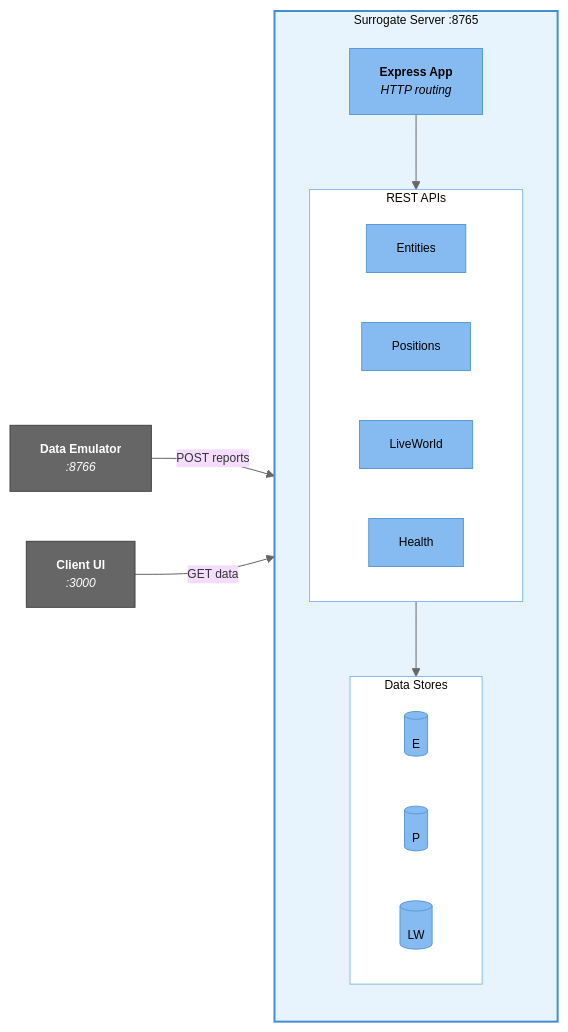
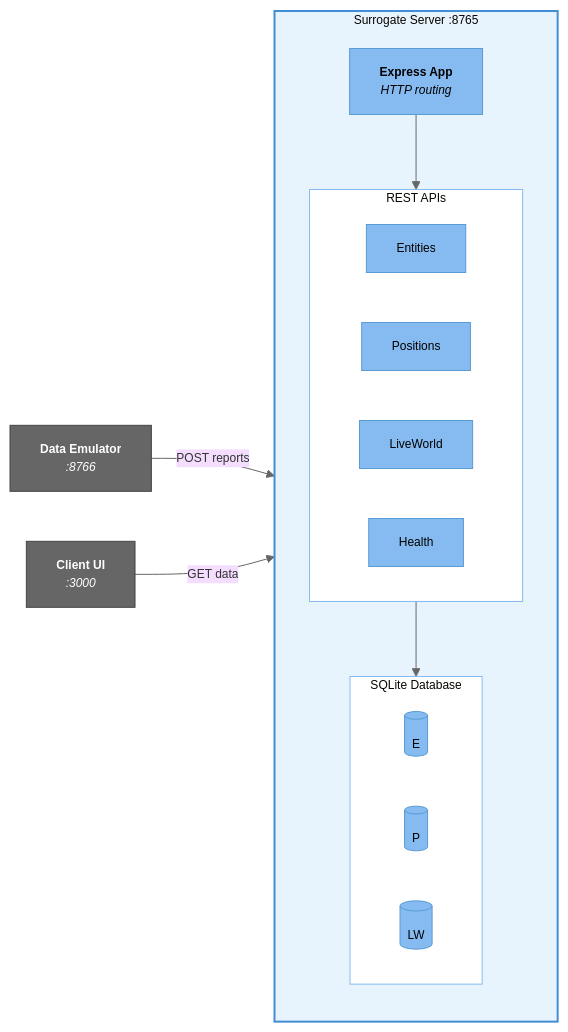
Before and after one commit to ericpauls/disco_workspace: the third of 6 diagrams in docs/c4-architecture-diagram.md, drawn with Mermaid. The commit also changed other lines of this file and 3 other files, not shown here.

First line of the commit message:
feat: SQLite database, memory monitoring, and dashboard enhancements

````diff
--- a/docs/c4-architecture-diagram.md
+++ b/docs/c4-architecture-diagram.md
@@ -103,41 +103,41 @@
 ```mermaid
 %%{init: {'theme': 'base', 'themeVariables': { 'lineColor': '#666', 'fontSize': '12px'}}}%%
 flowchart LR
     subgraph server["Surrogate Server :8765"]
         direction TB
         express["<b>Express App</b><br/><i>HTTP routing</i>"]
 
         subgraph apis["REST APIs"]
             entities["Entities"]
             positions["Positions"]
             liveworld["LiveWorld"]
             health["Health"]
         end
 
-        subgraph stores["Data Stores"]
+        subgraph stores["SQLite Database"]
             e_db[("E")]
             p_db[("P")]
             lw_db[("LW")]
         end
 
         express --> apis
         apis --> stores
     end
 
     emulator["<b>Data Emulator</b><br/><i>:8766</i>"]
     client["<b>Client UI</b><br/><i>:3000</i>"]
 
     emulator -->|POST reports| apis
     client -->|GET data| apis
 
     classDef comp fill:#85BBF0,stroke:#5A9BD5,color:#000
     classDef sbox fill:#E8F4FD,stroke:#438DD5,stroke-width:2px
     classDef ext fill:#666,stroke:#444,color:#fff
     classDef inner fill:#fff,stroke:#85BBF0,stroke-width:1px
 
     class express,entities,positions,liveworld,health comp
     class e_db,p_db,lw_db comp
     class server sbox
     class emulator,client ext
     class apis,stores inner
 ```
````
